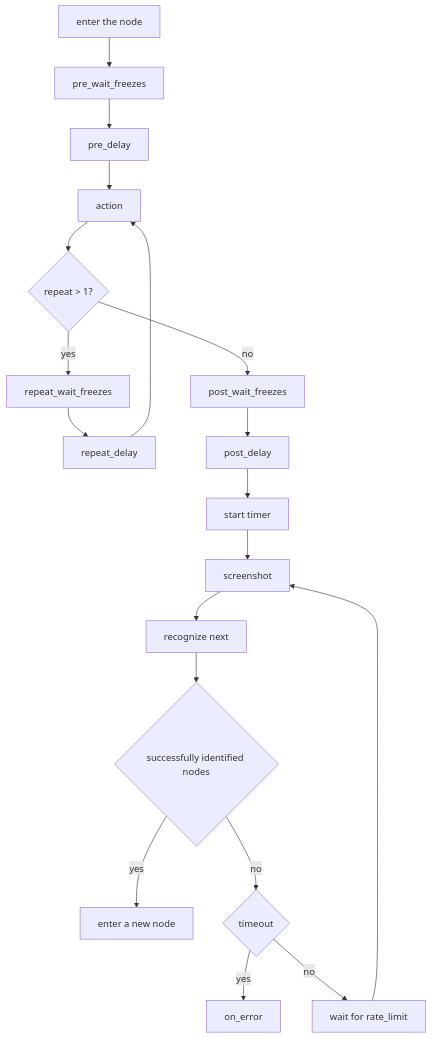
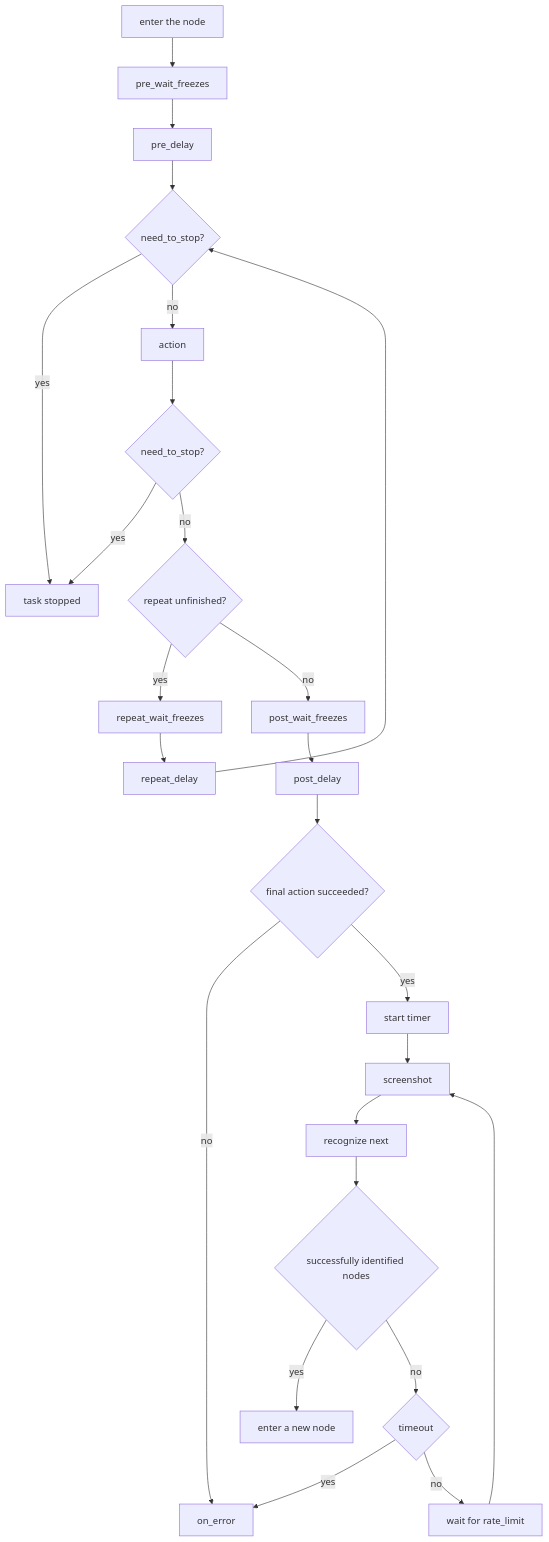
One commit to MaaXYZ/MaaFramework changed the fourth of 5 diagrams in docs/en_us/3.1-PipelineProtocol.md. Above: the diagram before and after it, drawn with Mermaid. The commit also changed other lines of this file and 1 other file, not shown here.

````diff
--- a/docs/en_us/3.1-PipelineProtocol.md
+++ b/docs/en_us/3.1-PipelineProtocol.md
@@ -262,21 +297,27 @@
 ```mermaid
     graph TB
         A[enter the node] --> B[pre_wait_freezes]
         B --> C[pre_delay]
-        C --> D[action]
-        D --> M{repeat > 1?}
+        C --> S0{need_to_stop?}
+        S0 -->|yes| T[task stopped]
+        S0 -->|no| D[action]
+        D --> S{need_to_stop?}
+        S -->|yes| T
+        S -->|no| M{repeat unfinished?}
         M -->|yes| N[repeat_wait_freezes]
         N --> O[repeat_delay]
-        O --> D
+        O --> S0
         M -->|no| E[post_wait_freezes]
         E --> F[post_delay]
-        F --> Q[start timer]
+        F --> R{final action succeeded?}
+        R -->|no| K[on_error]
+        R -->|yes| Q[start timer]
         Q --> P[screenshot]
         P --> G[recognize next]
         G --> H{successfully identified nodes}
         H -->|yes| I[enter a new node]
         H -->|no| J{timeout}
         J -->|yes| K[on_error]
         J -->|no| L[wait for rate_limit]
         L --> P
 ```
````
